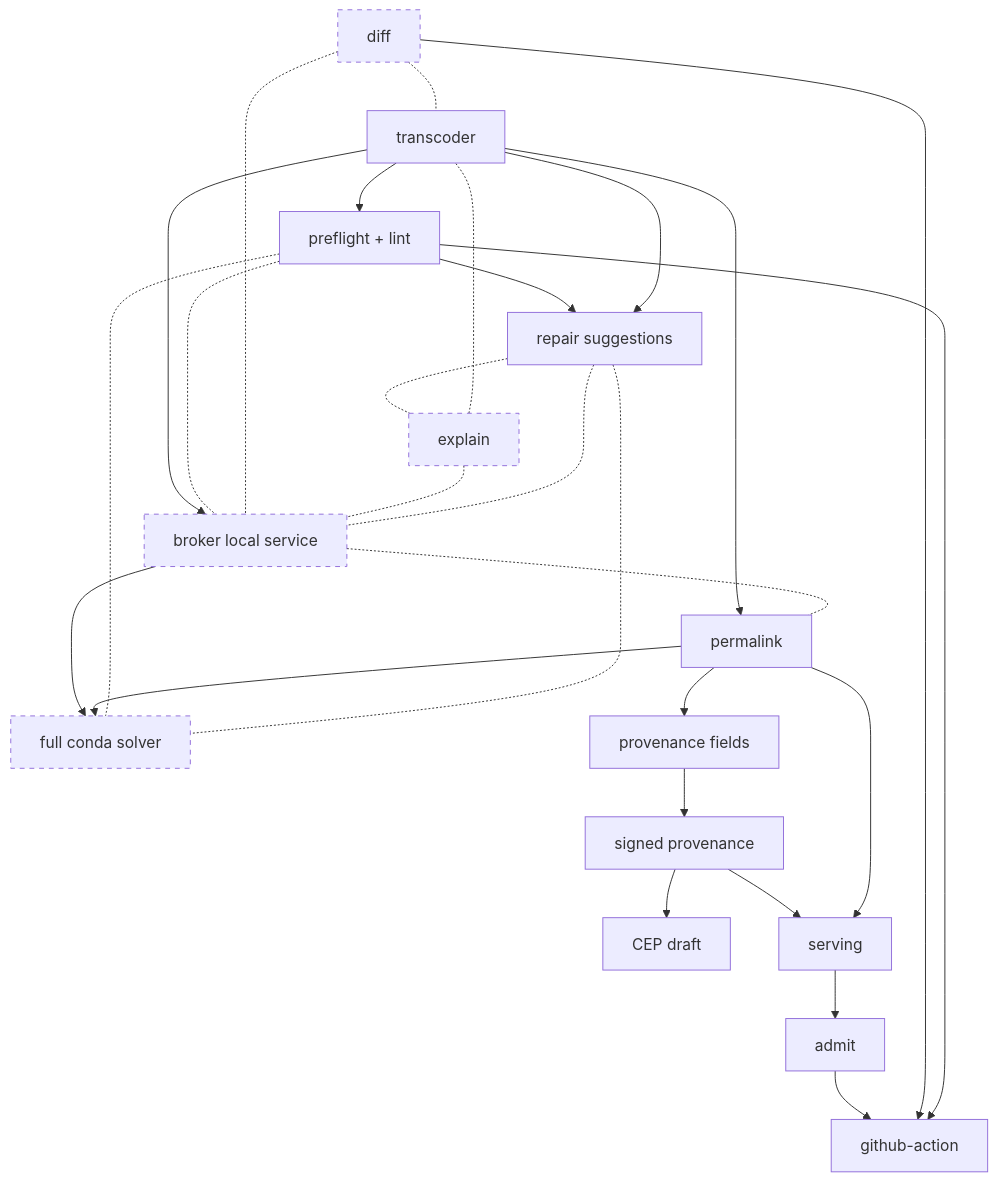
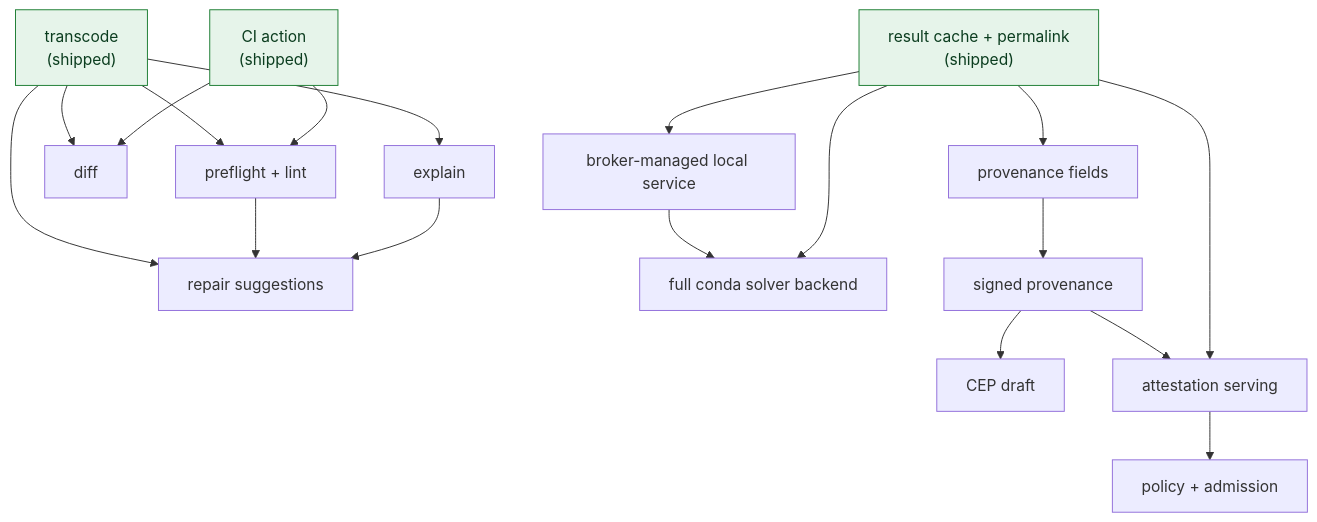
The diagram in docs/proposals.md (jezdez/conda-presto), drawn with Mermaid before and after one commit. The commit also changed other lines of this file and 18 other files, not shown here.

````diff
--- a/docs/proposals.md
+++ b/docs/proposals.md
@@ -65,35 +64,23 @@
 ```{mermaid}
 graph TD
-    T[transcoder] --> PF[preflight + lint]
-    PF --> RPR[repair suggestions]
-    T --> RPR
-    T --> B[broker local service]
-    T --> P[permalink]
-    B --> FS[full conda solver]
+    T["transcode\n(shipped)"] --> PF["preflight + lint"]
+    T --> RPR["repair suggestions"]
+    T --> D["diff"]
+    T --> E["explain"]
+    P["result cache + permalink\n(shipped)"] --> PV["provenance fields"]
+    P --> B["broker-managed local service"]
+    B --> FS["full conda solver backend"]
     P --> FS
-    P --> PV[provenance fields]
-    PV --> A[signed provenance]
-    A --> CEP[CEP draft]
-    A --> S[serving]
+    PF --> RPR
+    E --> RPR
+    PV --> A["signed provenance"]
+    A --> CEP["CEP draft"]
+    A --> S["attestation serving"]
     P --> S
-    S --> AD[admit]
-    AD --> GH[github-action]
+    S --> AD["policy + admission"]
+    GH["CI action\n(shipped)"] --> PF
+    GH --> D
 
-    D[diff] -.- T
-    E[explain] -.- T
-    RPR -.- E
-    PF -.- B
-    D -.- B
-    E -.- B
-    RPR -.- B
-    B -.- P
-    PF -.- FS
-    RPR -.- FS
-    D --> GH
-    PF --> GH
-
-    style D stroke-dasharray: 5 5
-    style E stroke-dasharray: 5 5
-    style B stroke-dasharray: 5 5
-    style FS stroke-dasharray: 5 5
+    classDef shipped fill:#e6f4ea,stroke:#1e7e34,color:#0b3d1f;
+    class T,P,GH shipped;
 ```
````
